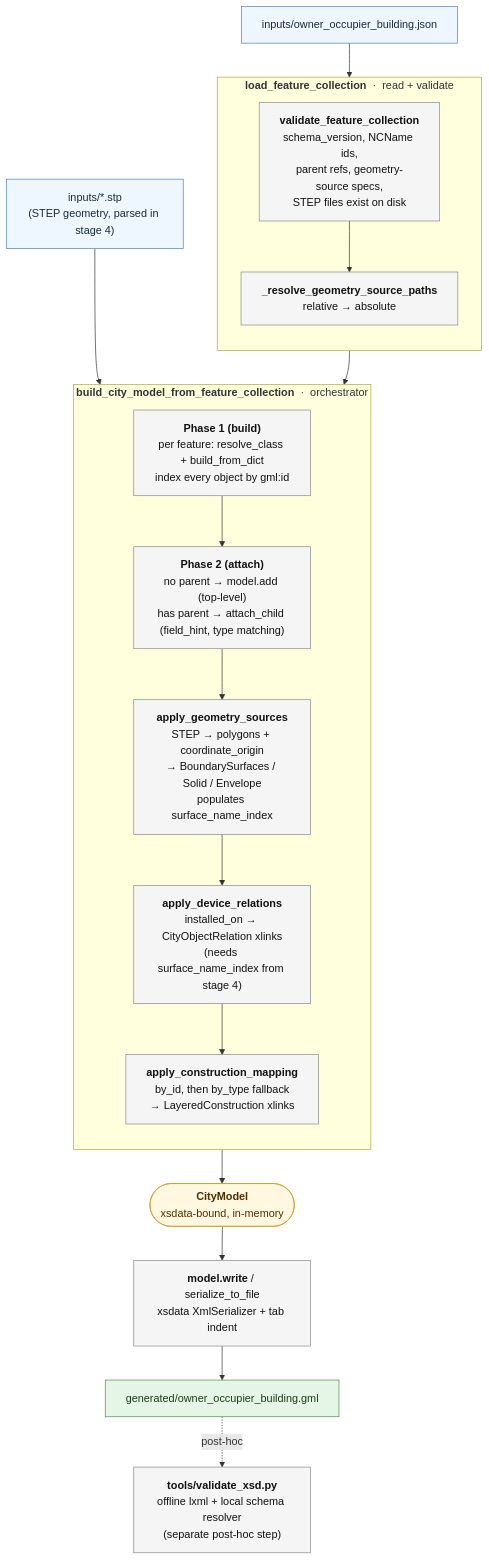
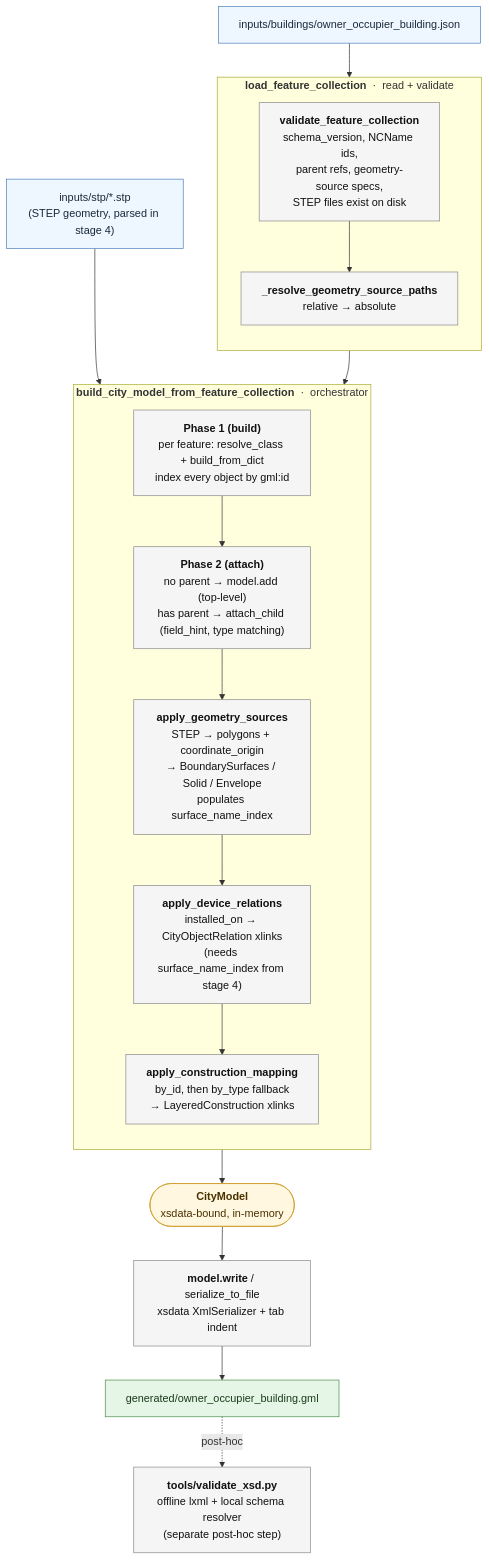
The diagram in README.md (DaanSchlosser/CityGML2.0-EnergyADE3.0_creator), drawn with Mermaid before and after one commit. The commit also changed other lines of this file and 11 other files, not shown here.

````diff
--- a/README.md
+++ b/README.md
@@ -203,39 +203,39 @@
 ```mermaid
 flowchart TD
-    J["inputs/owner_occupier_building.json"]:::input
-    S["inputs/*.stp<br/>(STEP geometry, parsed in stage 4)"]:::input
+    J["inputs/buildings/owner_occupier_building.json"]:::input
+    S["inputs/stp/*.stp<br/>(STEP geometry, parsed in stage 4)"]:::input
 
     subgraph Load["<b>load_feature_collection</b> &nbsp;·&nbsp; read + validate"]
         direction TB
         V1["<b>validate_feature_collection</b><br/>schema_version, NCName ids,<br/>parent refs, geometry-source specs,<br/>STEP files exist on disk"]:::stage
         V2["<b>_resolve_geometry_source_paths</b><br/>relative → absolute"]:::stage
         V1 --> V2
     end
 
     subgraph Build["<b>build_city_model_from_feature_collection</b> &nbsp;·&nbsp; orchestrator"]
         direction TB
         P1["<b>Phase 1 (build)</b><br/>per feature: resolve_class + build_from_dict<br/>index every object by gml:id"]:::stage
         P2["<b>Phase 2 (attach)</b><br/>no parent → model.add (top-level)<br/>has parent → attach_child (field_hint, type matching)"]:::stage
         G["<b>apply_geometry_sources</b><br/>STEP → polygons + coordinate_origin<br/>→ BoundarySurfaces / Solid / Envelope<br/>populates surface_name_index"]:::stage
         D["<b>apply_device_relations</b><br/>installed_on → CityObjectRelation xlinks<br/>(needs surface_name_index from stage 4)"]:::stage
         C["<b>apply_construction_mapping</b><br/>by_id, then by_type fallback<br/>→ LayeredConstruction xlinks"]:::stage
         P1 --> P2 --> G --> D --> C
     end
 
     CM(["<b>CityModel</b><br/>xsdata-bound, in-memory"]):::model
     W["<b>model.write</b> / serialize_to_file<br/>xsdata XmlSerializer + tab indent"]:::stage
     OUT["generated/owner_occupier_building.gml"]:::output
     VAL["<b>tools/validate_xsd.py</b><br/>offline lxml + local schema resolver<br/>(separate post-hoc step)"]:::stage
 
     J --> V1
     V2 --> P1
     S --> G
     C --> CM
     CM --> W --> OUT
     OUT -.->|post-hoc| VAL
 
     classDef input fill:#eef6ff,stroke:#4a7fb8,color:#1a2a3a;
     classDef stage fill:#f5f5f5,stroke:#888,color:#111;
     classDef model fill:#fff7e0,stroke:#d0a030,color:#4a3000;
     classDef output fill:#e6f6e6,stroke:#4a8a4a,color:#1a3a1a;
 ```
````
